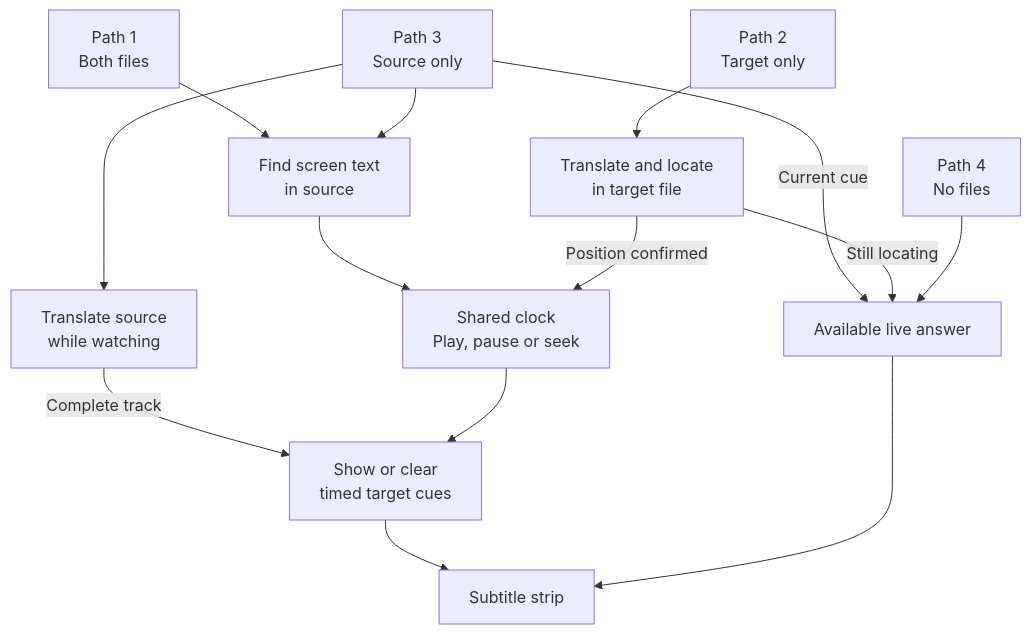
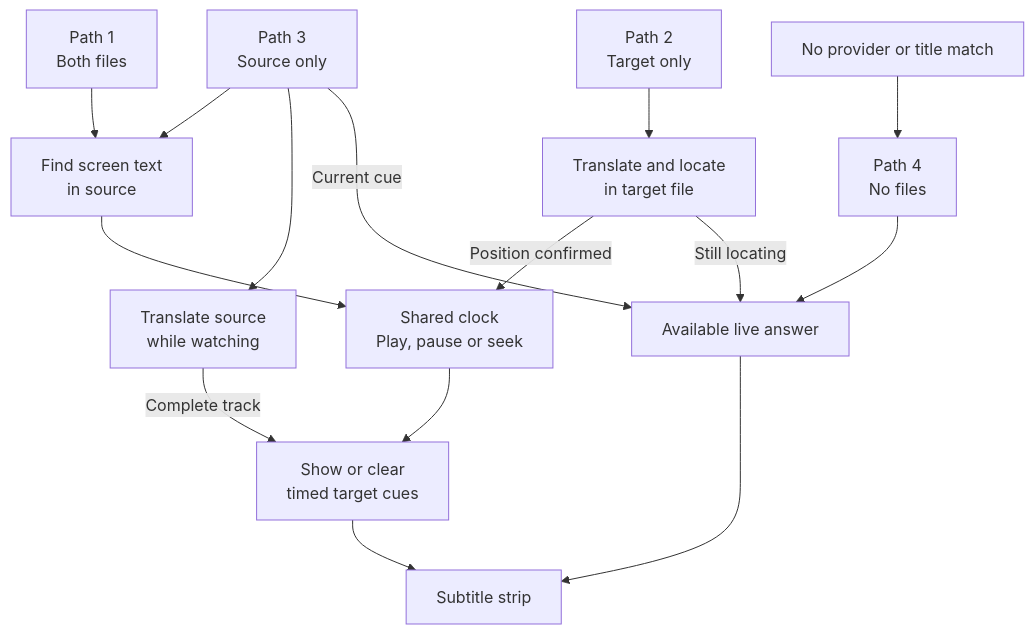
One commit to PeterShanxin/Meowcal-Sub-2 changed the first of 2 diagrams in docs/subtitle-fallback-design.md. Above: the diagram before and after it, drawn with Mermaid. The commit also changed other lines of this file and 30 other files, not shown here.

Commit message:
Allow live subtitles without a catalogue match and prepare v0.4.0

````diff
--- a/docs/subtitle-fallback-design.md
+++ b/docs/subtitle-fallback-design.md
@@ -24,16 +25,17 @@
 ```mermaid
 flowchart TD
     Dual["Path 1<br/>Both files"] --> Src["Find screen text<br/>in source"]
     Source["Path 3<br/>Source only"] --> Src
     Source --> Build["Translate source<br/>while watching"]
     Build -->|"Complete track"| Display
     Source -->|"Current cue"| Live
     Target["Path 2<br/>Target only"] --> Locate["Translate and locate<br/>in target file"]
     Src --> Clock["Shared clock<br/>Play, pause or seek"]
     Locate -->|"Position confirmed"| Clock
     Locate -->|"Still locating"| Live["Available live answer"]
     Clock --> Display["Show or clear<br/>timed target cues"]
-    Neither["Path 4<br/>No files"] --> Live
+    NoTitle["No provider or title match"] --> Neither["Path 4<br/>No files"]
+    Neither --> Live
     Display --> Strip["Subtitle strip"]
     Live --> Strip
 ```
````
